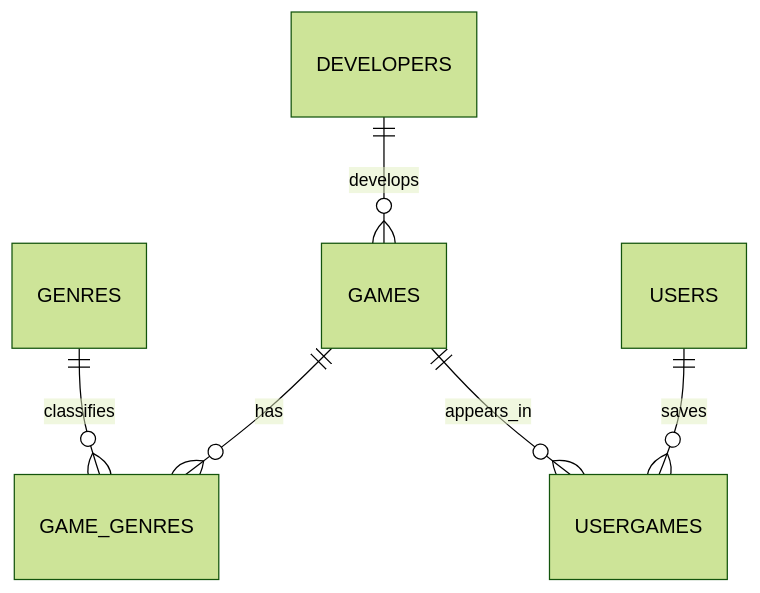
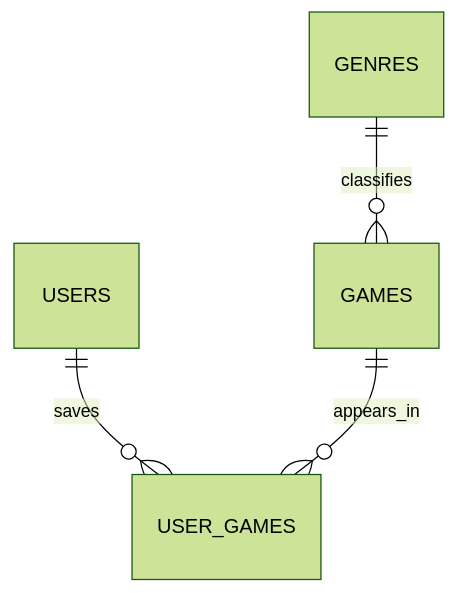
One commit to BudgetvIncorporated/Java-Database-Starter changed the diagram in java-database-starter/PROJECT_PLAN.md. Above: the diagram before and after it, drawn with Mermaid (forest theme). The commit also changed other lines of this file and 6 other files, not shown here.

````diff
--- a/java-database-starter/PROJECT_PLAN.md
+++ b/java-database-starter/PROJECT_PLAN.md
@@ -12,8 +12,6 @@
 ```mermaid
 erDiagram
-    DEVELOPERS ||--o{ GAMES : develops
-    GAMES ||--o{ GAME_GENRES : has
-    GENRES ||--o{ GAME_GENRES : classifies
-    USERS ||--o{ USERGAMES : saves
-    GAMES ||--o{ USERGAMES : appears_in
+    GENRES ||--o{ GAMES : classifies
+    USERS ||--o{ USER_GAMES : saves
+    GAMES ||--o{ USER_GAMES : appears_in
 ```
````
